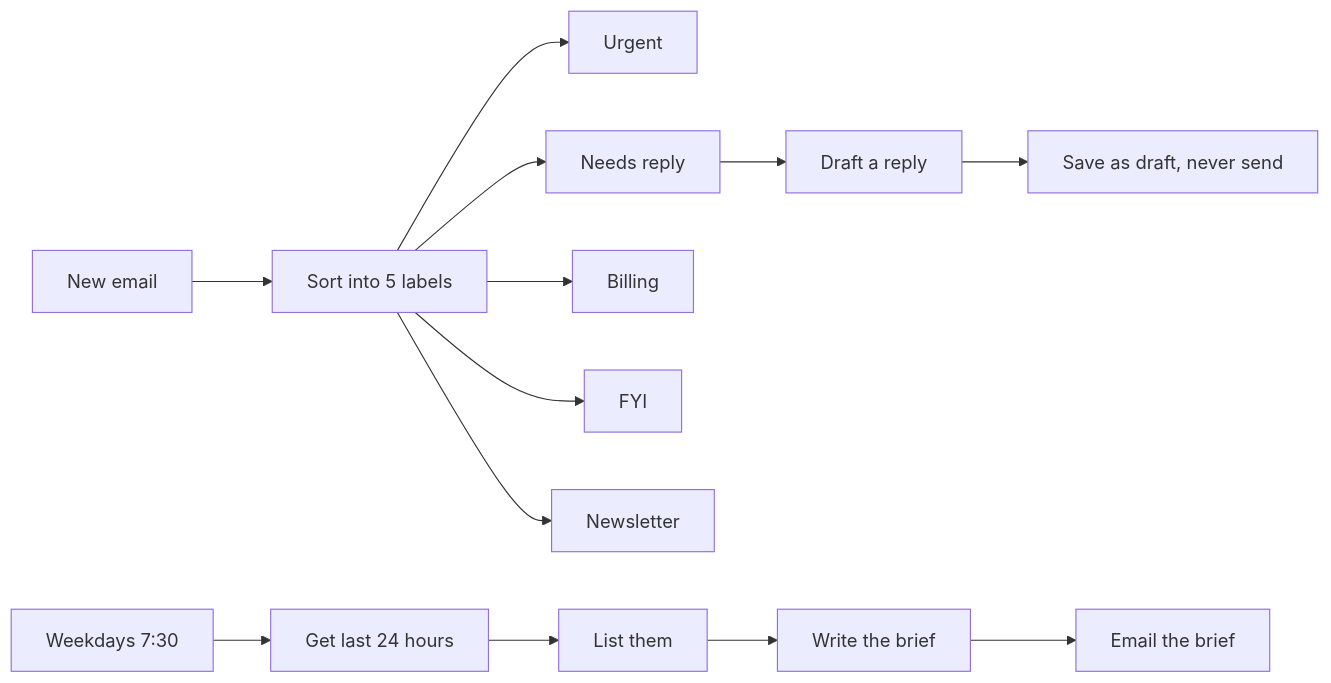
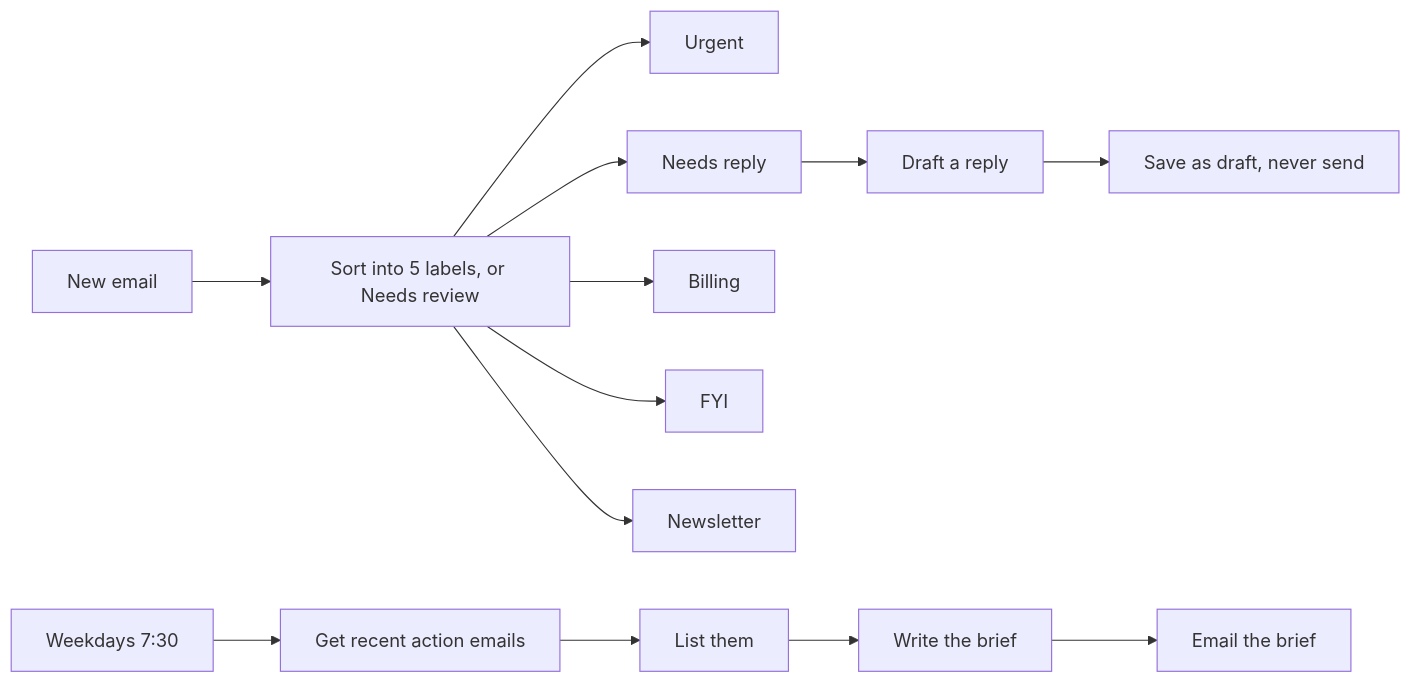
The diagram in workflows/inbox-triage-daily-brief/README.md (tinceus/ciarramazaredo), drawn with Mermaid before and after one commit. The commit also changed other lines of this file and 16 other files, not shown here.

````diff
--- a/workflows/inbox-triage-daily-brief/README.md
+++ b/workflows/inbox-triage-daily-brief/README.md
@@ -9,7 +9,7 @@
 ```mermaid
 flowchart LR
-  A[New email] --> B[Sort into 5 labels]
+  A[New email] --> B[Sort into 5 labels, or Needs review]
   B --> U[Urgent] & R[Needs reply] & P[Billing] & F[FYI] & N[Newsletter]
   R --> D[Draft a reply] --> S[Save as draft, never send]
-  T[Weekdays 7:30] --> G[Get last 24 hours] --> L[List them] --> W[Write the brief] --> M[Email the brief]
+  T[Weekdays 7:30] --> G[Get recent action emails] --> L[List them] --> W[Write the brief] --> M[Email the brief]
 ```
````
